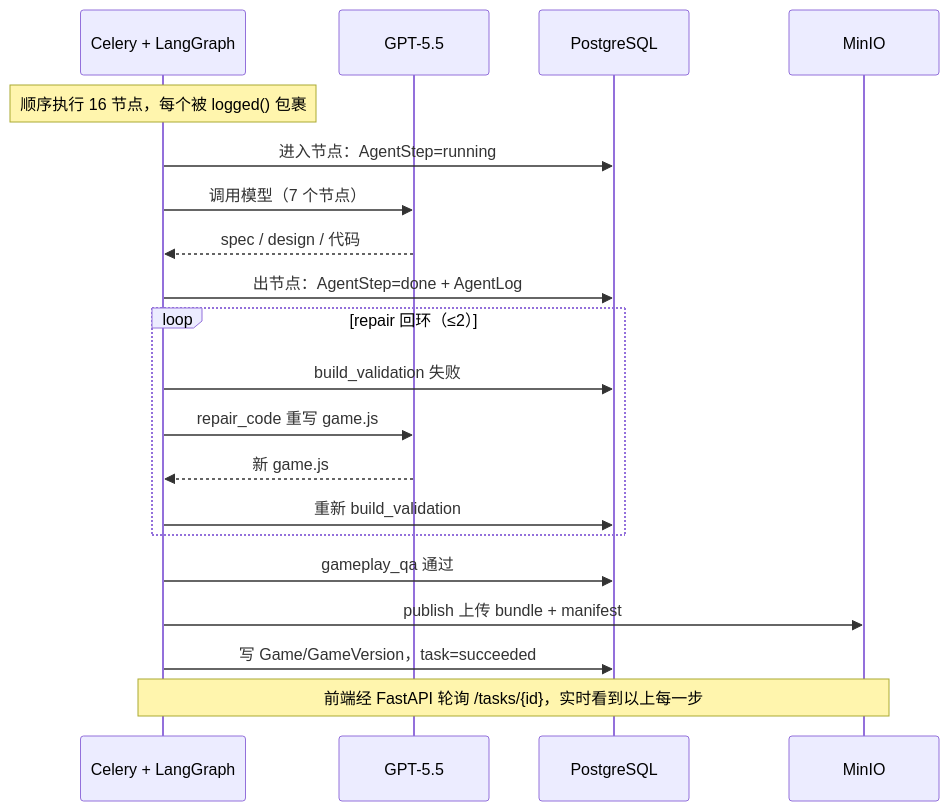
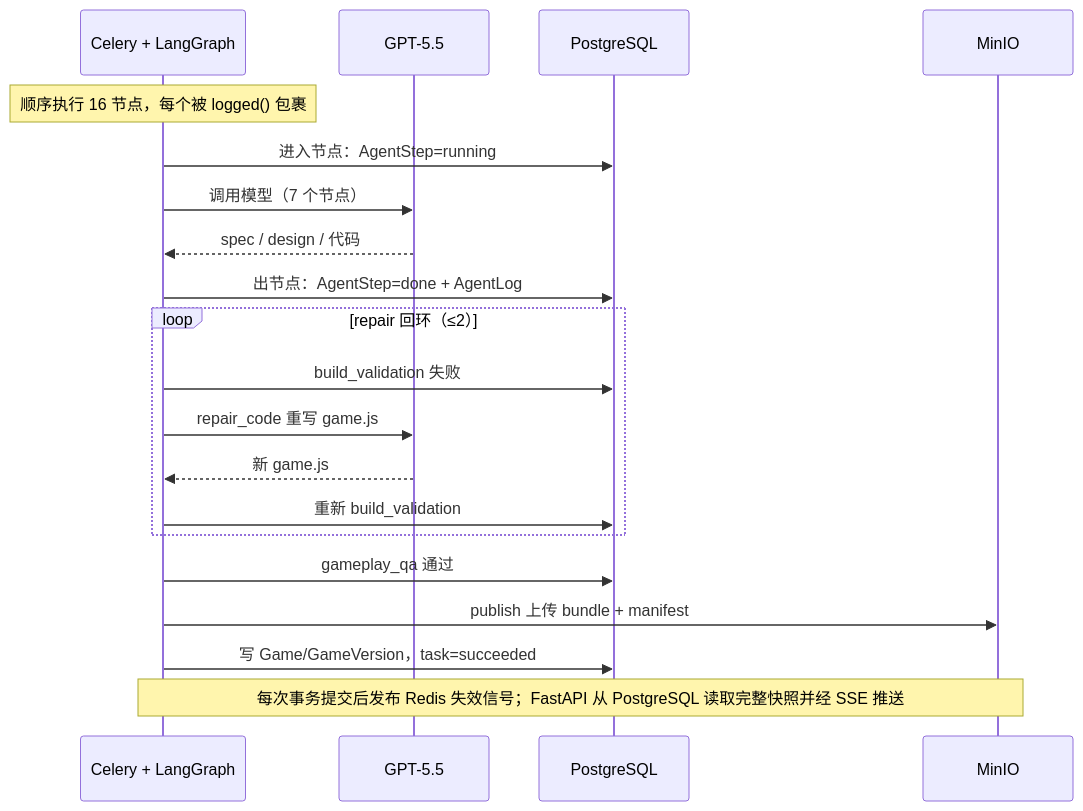
The seventh of 8 diagrams in docs/系统架构.md (charlie11sun-netizen/yahaha), drawn with Mermaid before and after one commit. The commit also changed other lines of this file and 64 other files, not shown here.

````diff
--- a/docs/系统架构.md
+++ b/docs/系统架构.md
@@ -344,23 +348,23 @@
 ```mermaid
 sequenceDiagram
     participant W as Celery + LangGraph
     participant M as GPT-5.5
     participant DB as PostgreSQL
     participant S3 as MinIO
 
     Note over W: 顺序执行 16 节点，每个被 logged() 包裹
     W->>DB: 进入节点：AgentStep=running
     W->>M: 调用模型（7 个节点）
     M-->>W: spec / design / 代码
     W->>DB: 出节点：AgentStep=done + AgentLog
     loop repair 回环（≤2）
         W->>DB: build_validation 失败
         W->>M: repair_code 重写 game.js
         M-->>W: 新 game.js
         W->>DB: 重新 build_validation
     end
     W->>DB: gameplay_qa 通过
     W->>S3: publish 上传 bundle + manifest
     W->>DB: 写 Game/GameVersion，task=succeeded
-    Note over W,S3: 前端经 FastAPI 轮询 /tasks/{id}，实时看到以上每一步
+    Note over W,S3: 每次事务提交后发布 Redis 失效信号；FastAPI 从 PostgreSQL 读取完整快照并经 SSE 推送
 ```
````
